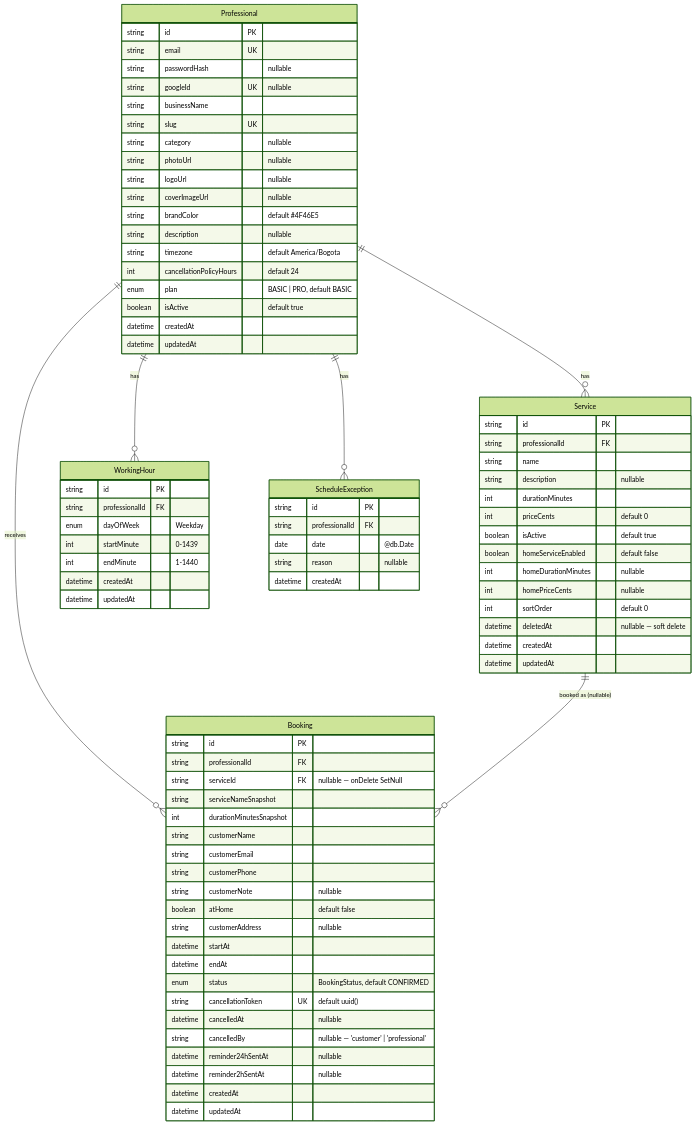
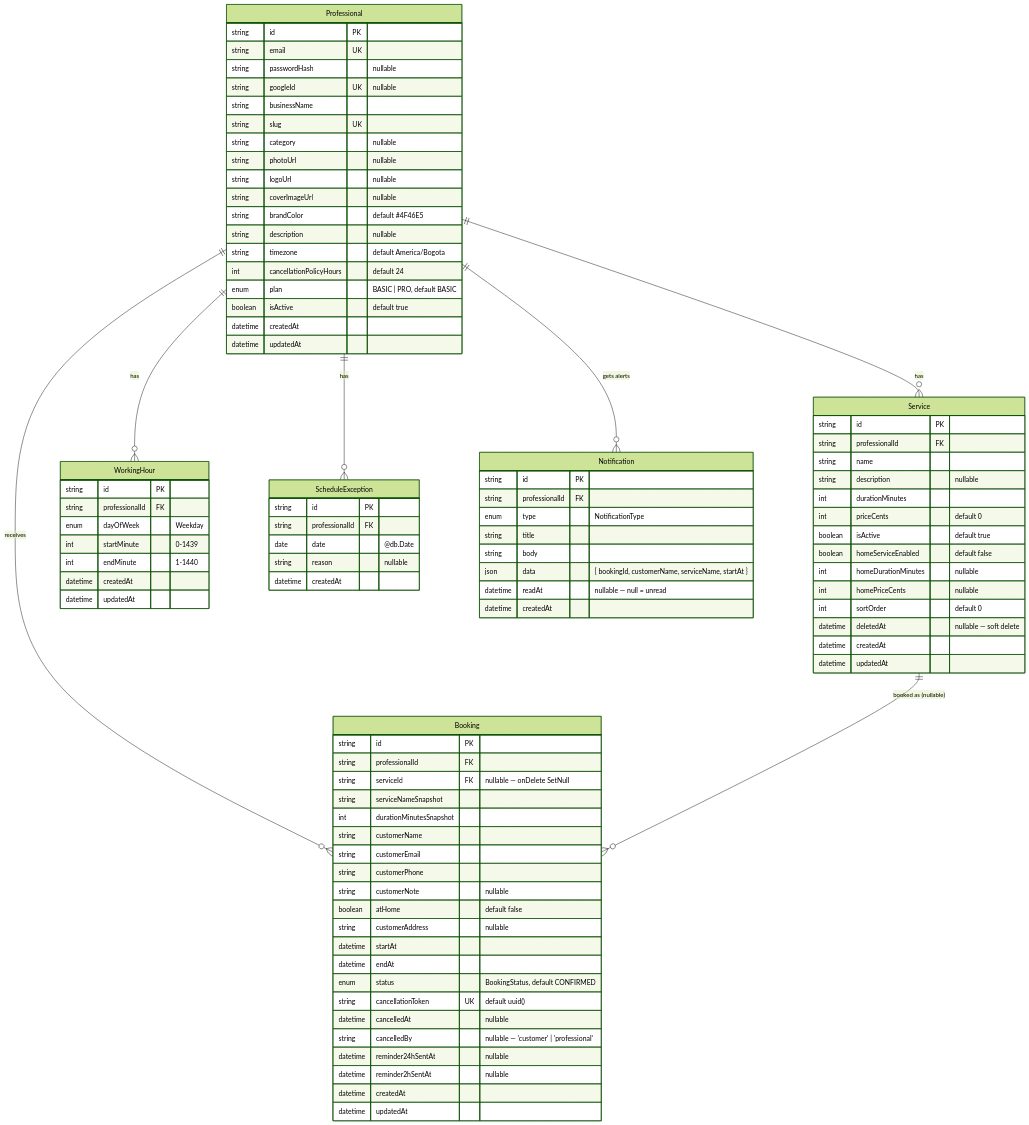
Before and after one commit to Emberalab/Agendya: the diagram in docs/src/content/docs/en/database/er-model.md, drawn with Mermaid (forest theme). The commit also changed other lines of this file and 72 other files, not shown here.

````diff
--- a/docs/src/content/docs/en/database/er-model.md
+++ b/docs/src/content/docs/en/database/er-model.md
@@ -14,6 +14,7 @@
   Professional ||--o{ WorkingHour : "has"
   Professional ||--o{ ScheduleException : "has"
   Professional ||--o{ Booking : "receives"
+  Professional ||--o{ Notification : "gets alerts"
   Service ||--o{ Booking : "booked as (nullable)"
 
   Professional {
@@ -95,4 +96,15 @@
     datetime createdAt
     datetime updatedAt
   }
+
+  Notification {
+    string id PK
+    string professionalId FK
+    enum type "NotificationType"
+    string title
+    string body
+    json data "{ bookingId, customerName, serviceName, startAt }"
+    datetime readAt "nullable — null = unread"
+    datetime createdAt
+  }
 ```
````
